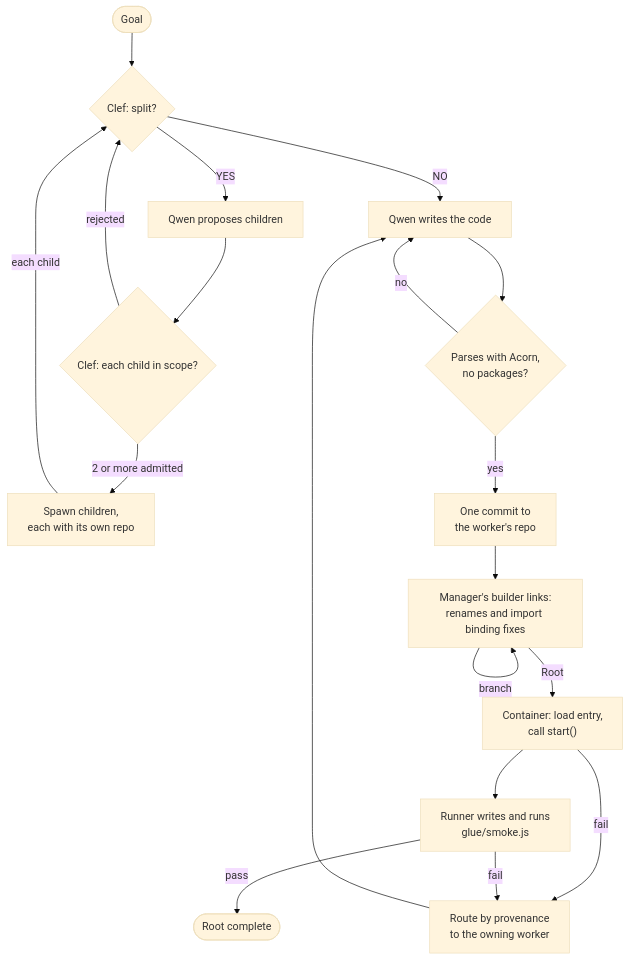
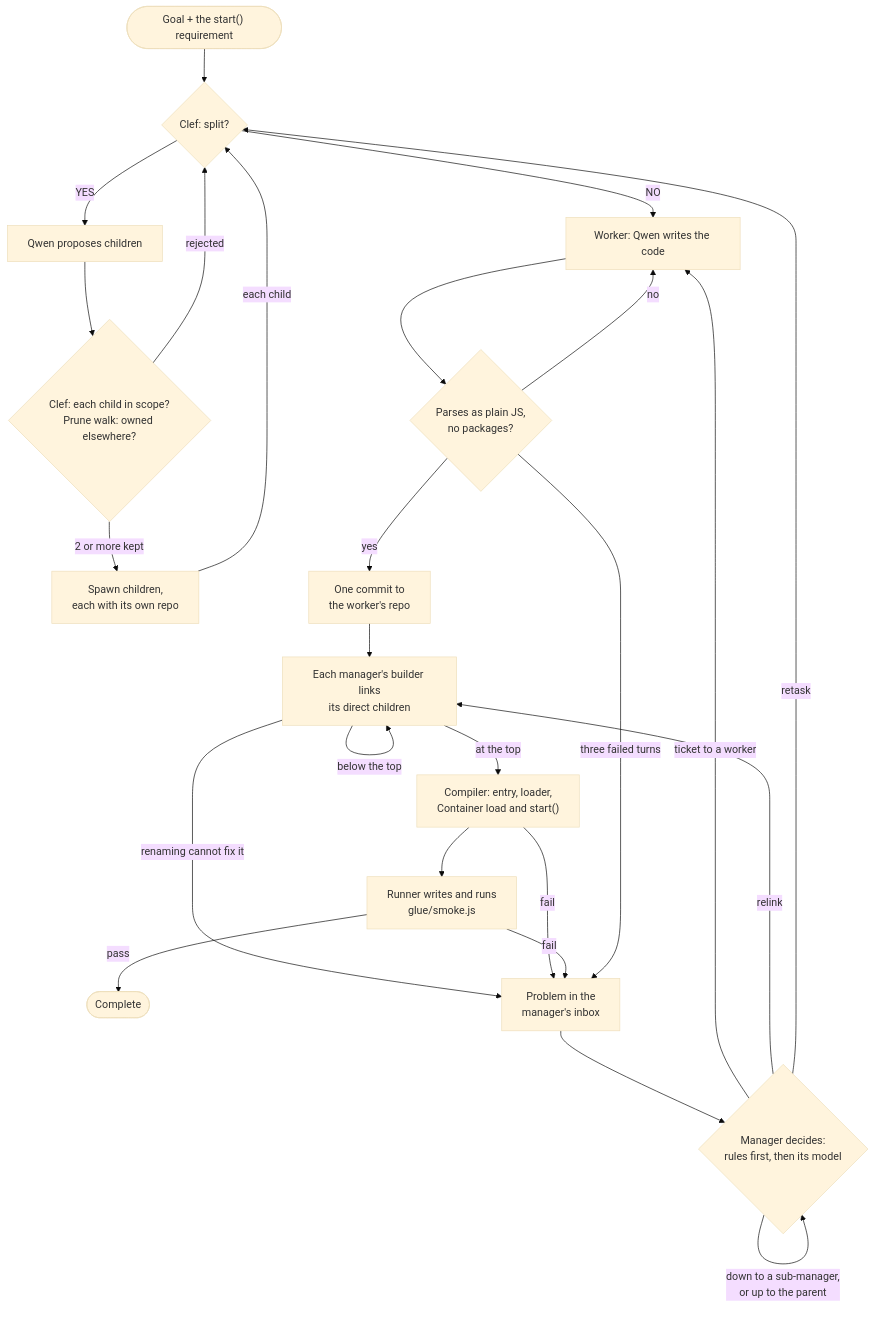
The second of 2 diagrams in README.md (tyrtop-ai/cloudflare-comp), drawn with Mermaid (base theme) before and after one commit. The commit also changed other lines of this file and 6 other files, not shown here.

````diff
--- a/README.md
+++ b/README.md
@@ -49,21 +99,27 @@
 ```mermaid
 flowchart TD
-  goal(["Goal"]) --> gate{"Clef: split?"}
+  goal(["Goal + the start() requirement"]) --> gate{"Clef: split?"}
   gate -->|"YES"| propose["Qwen proposes children"]
-  propose --> scope{"Clef: each child in scope?"}
-  scope -->|"2 or more admitted"| spawn["Spawn children,<br/>each with its own repo"]
+  propose --> scope{"Clef: each child in scope?<br/>Prune walk: owned elsewhere?"}
+  scope -->|"2 or more kept"| spawn["Spawn children,<br/>each with its own repo"]
   scope -->|"rejected"| gate
   spawn -->|"each child"| gate
-  gate -->|"NO"| write["Qwen writes the code"]
-  write --> parse{"Parses with Acorn,<br/>no packages?"}
+  gate -->|"NO"| write["Worker: Qwen writes the code"]
+  write --> parse{"Parses as plain JS,<br/>no packages?"}
   parse -->|"no"| write
   parse -->|"yes"| commit["One commit to<br/>the worker's repo"]
-  commit --> link["Manager's builder links:<br/>renames and import binding fixes"]
-  link -->|"branch"| link
-  link -->|"Root"| run["Container: load entry,<br/>call start()"]
-  run --> test["Runner writes and runs<br/>glue/smoke.js"]
-  test -->|"pass"| done(["Root complete"])
-  run -->|"fail"| repair["Route by provenance<br/>to the owning worker"]
-  test -->|"fail"| repair
-  repair --> write
+  commit --> link["Each manager's builder links<br/>its direct children"]
+  link -->|"below the top"| link
+  link -->|"at the top"| compile["Compiler: entry, loader,<br/>Container load and start()"]
+  compile --> test["Runner writes and runs<br/>glue/smoke.js"]
+  test -->|"pass"| done(["Complete"])
+  link -->|"renaming cannot fix it"| inbox["Problem in the<br/>manager's inbox"]
+  compile -->|"fail"| inbox
+  test -->|"fail"| inbox
+  parse -->|"three failed turns"| inbox
+  inbox --> decide{"Manager decides:<br/>rules first, then its model"}
+  decide -->|"down to a sub-manager,<br/>or up to the parent"| decide
+  decide -->|"ticket to a worker"| write
+  decide -->|"relink"| link
+  decide -->|"retask"| gate
 ```
````
